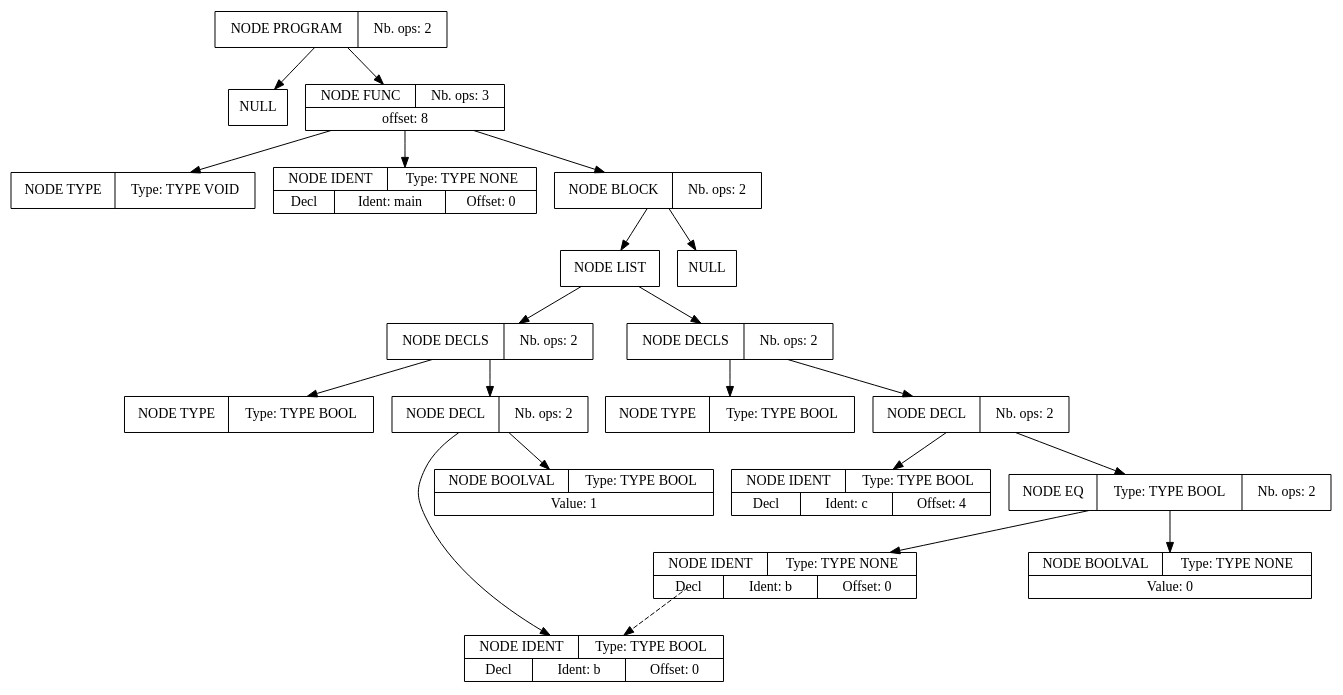
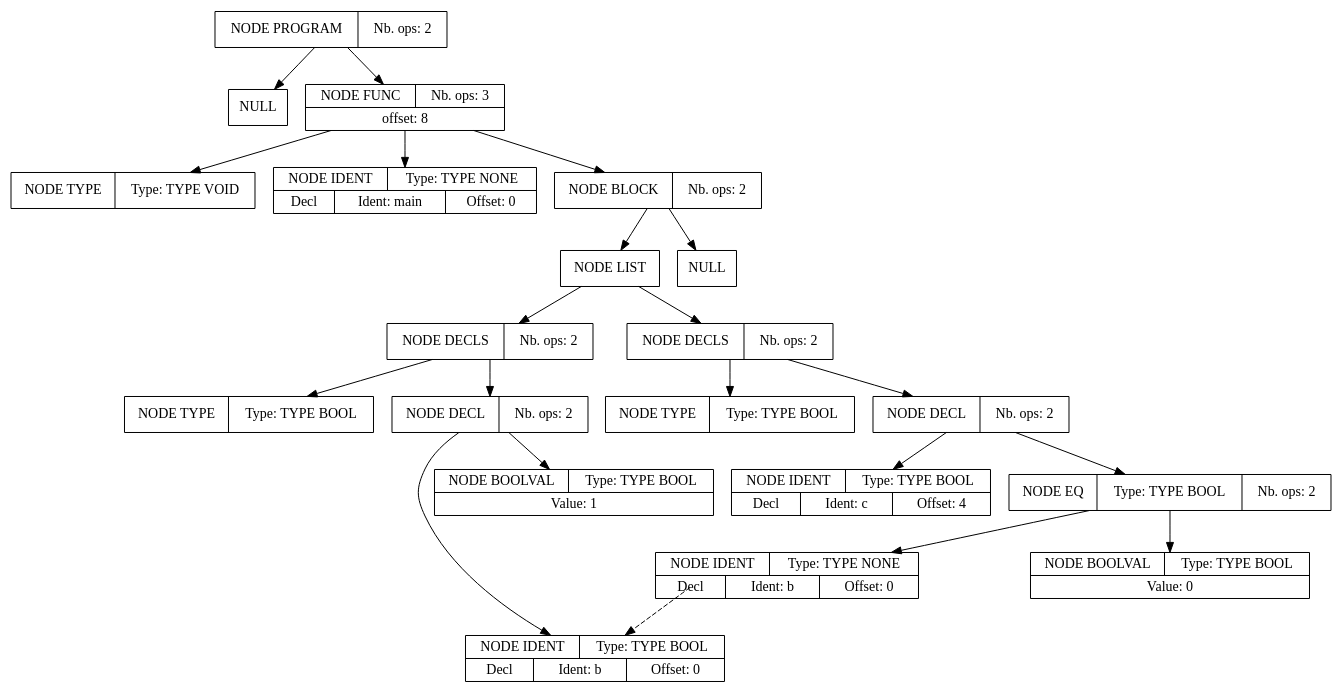
One commit to Youssefch05/Projet_compilation changed the diagram in apres_passe_1.dot. Above: the diagram before and after it, drawn with Graphviz. The commit also changed 212 other files, not shown here.

```diff
--- a/apres_passe_1.dot
+++ b/apres_passe_1.dot
@@ -1,62 +1,62 @@
 digraph global_vars {
     N1 [shape=record, label="{{NODE PROGRAM|Nb. ops: 2}}"];
     N2 [shape=record, label="{{NULL}}"];
     edge[tailclip=true];
     N1 -> N2
     N3 [shape=record, label="{{NODE FUNC|Nb. ops: 3}|{offset: 8}}"];
     N4 [shape=record, label="{{NODE TYPE|Type: TYPE VOID}}"];
     edge[tailclip=true];
     N3 -> N4
     N5 [shape=record, label="{{NODE IDENT|Type: TYPE NONE}|{<decl>Decl      |Ident: main|Offset: 0}}"];
     edge[tailclip=true];
     N3 -> N5
     N6 [shape=record, label="{{NODE BLOCK|Nb. ops: 2}}"];
     N7 [shape=record, label="{{NODE LIST}}"];
     N8 [shape=record, label="{{NODE DECLS|Nb. ops: 2}}"];
     N9 [shape=record, label="{{NODE TYPE|Type: TYPE BOOL}}"];
     edge[tailclip=true];
     N8 -> N9
     N10 [shape=record, label="{{NODE DECL|Nb. ops: 2}}"];
     N11 [shape=record, label="{{NODE IDENT|Type: TYPE BOOL}|{<decl>Decl      |Ident: b|Offset: 0}}"];
     edge[tailclip=true];
     N10 -> N11
     N12 [shape=record, label="{{NODE BOOLVAL|Type: TYPE BOOL}|{Value: 1}}"];
     edge[tailclip=true];
     N10 -> N12
     edge[tailclip=true];
     N8 -> N10
     edge[tailclip=true];
     N7 -> N8
     N13 [shape=record, label="{{NODE DECLS|Nb. ops: 2}}"];
     N14 [shape=record, label="{{NODE TYPE|Type: TYPE BOOL}}"];
     edge[tailclip=true];
     N13 -> N14
     N15 [shape=record, label="{{NODE DECL|Nb. ops: 2}}"];
     N16 [shape=record, label="{{NODE IDENT|Type: TYPE BOOL}|{<decl>Decl      |Ident: c|Offset: 4}}"];
     edge[tailclip=true];
     N15 -> N16
     N17 [shape=record, label="{{NODE EQ|Type: TYPE BOOL|Nb. ops: 2}}"];
     N18 [shape=record, label="{{NODE IDENT|Type: TYPE NONE}|{<decl>Decl      |Ident: b|Offset: 0}}"];
     edge[tailclip=false];
     "N18":decl:c -> "N11" [style=dashed]
     edge[tailclip=true];
     N17 -> N18
-    N19 [shape=record, label="{{NODE BOOLVAL|Type: TYPE NONE}|{Value: 0}}"];
+    N19 [shape=record, label="{{NODE BOOLVAL|Type: TYPE BOOL}|{Value: 0}}"];
     edge[tailclip=true];
     N17 -> N19
     edge[tailclip=true];
     N15 -> N17
     edge[tailclip=true];
     N13 -> N15
     edge[tailclip=true];
     N7 -> N13
     edge[tailclip=true];
     N6 -> N7
     N20 [shape=record, label="{{NULL}}"];
     edge[tailclip=true];
     N6 -> N20
     edge[tailclip=true];
     N3 -> N6
     edge[tailclip=true];
     N1 -> N3
 }
```
